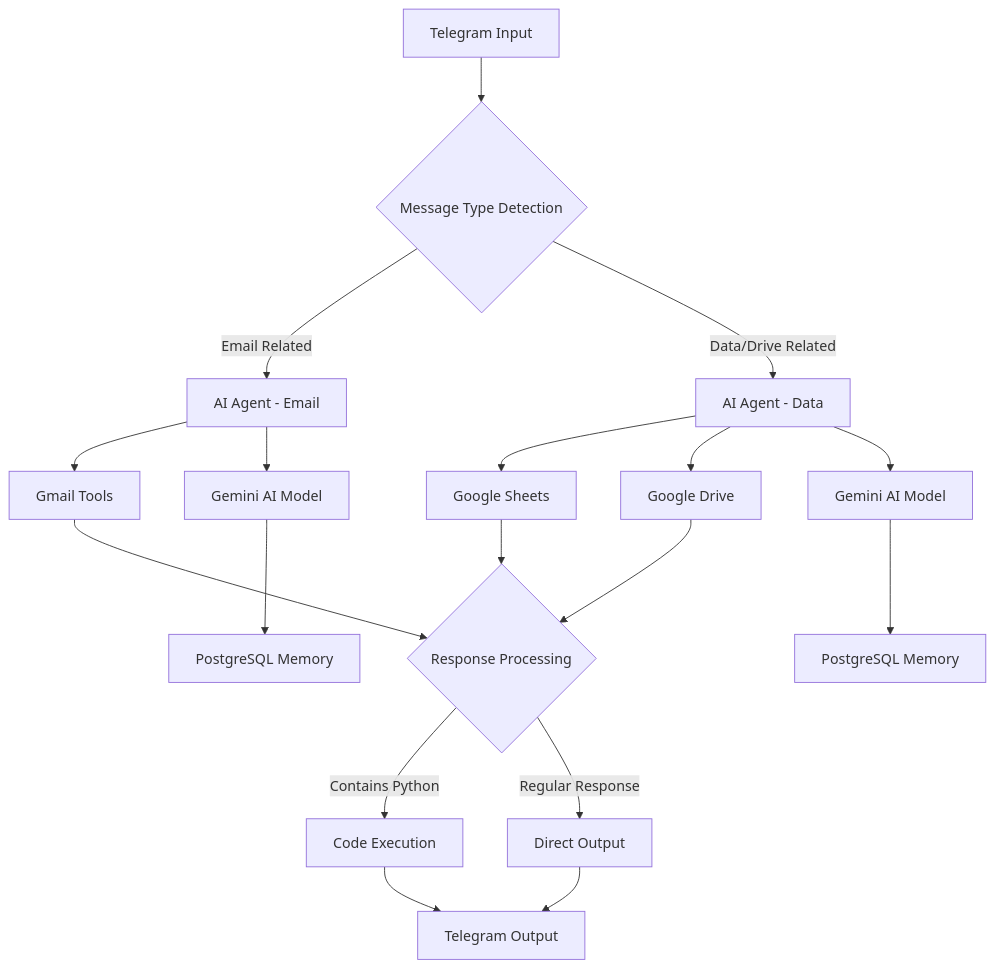
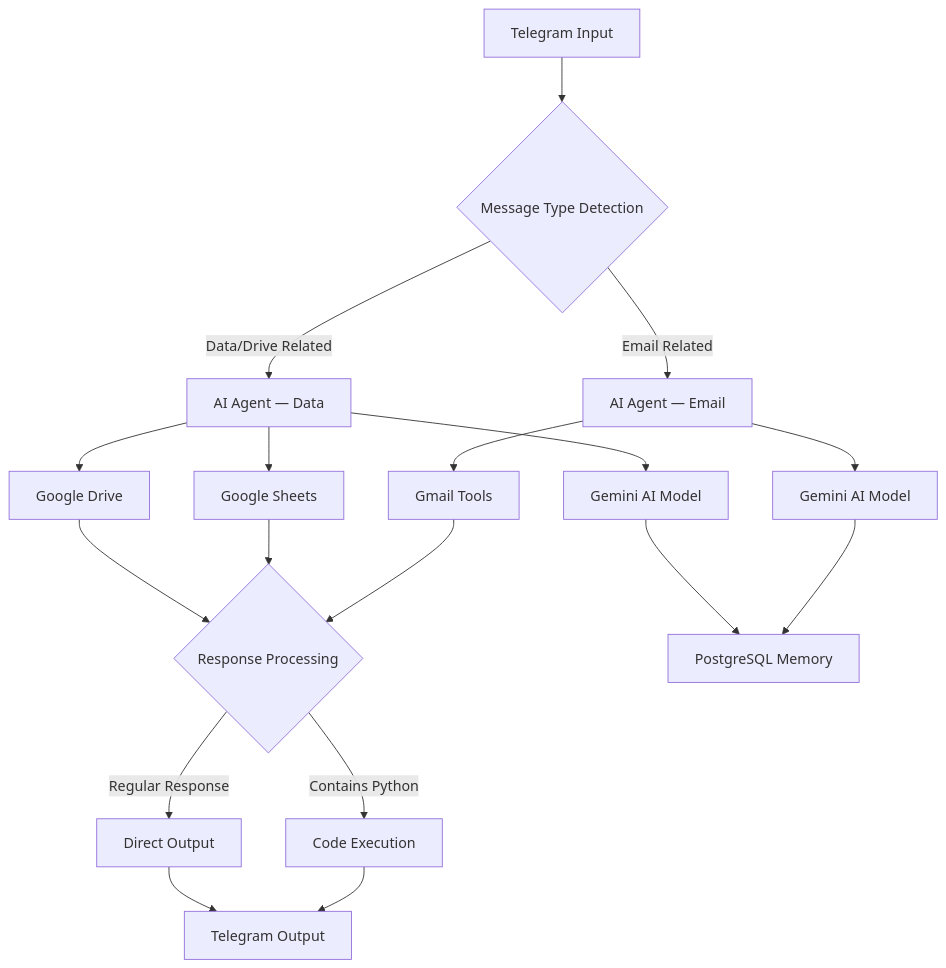
Before and after one commit to Amin-Moniry/n8n_ExecutiveBot_Platform: the diagram in README.md, drawn with Mermaid. The commit also changed other lines of this file, not shown here.

````diff
--- a/README.md
+++ b/README.md
@@ -40,26 +88,26 @@
 ```mermaid
 graph TD
     A[Telegram Input] --> B{Message Type Detection}
-    B -->|Email Related| C[AI Agent - Email]
-    B -->|Data/Drive Related| D[AI Agent - Data]
-    
+    B -->|Email Related| C[AI Agent — Email]
+    B -->|Data/Drive Related| D[AI Agent — Data]
+
     C --> E[Gmail Tools]
     C --> F[Gemini AI Model]
-    
+
     D --> G[Google Sheets]
     D --> H[Google Drive]
     D --> I[Gemini AI Model]
-    
+
     E --> J{Response Processing}
     G --> J
     H --> J
-    
+
     J -->|Contains Python| K[Code Execution]
     J -->|Regular Response| L[Direct Output]
-    
+
     K --> M[Telegram Output]
     L --> M
-    
+
     F --> N[PostgreSQL Memory]
-    I --> O[PostgreSQL Memory]
+    I --> N
 ```
````
